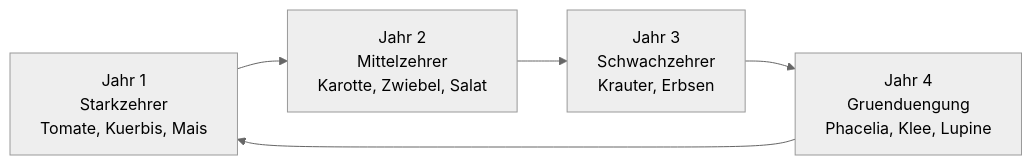
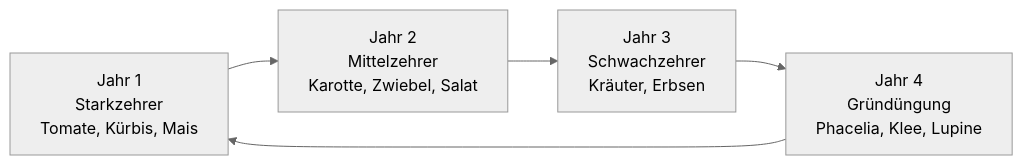
One commit to nolte/kamerplanter changed the diagram in docs/de/guides/companion-planting.md. Above: the diagram before and after it, drawn with Mermaid (neutral theme). The commit also changed other lines of this file and 77 other files, not shown here.

````diff
--- a/docs/de/guides/companion-planting.md
+++ b/docs/de/guides/companion-planting.md
@@ -164,7 +164,7 @@
 ```mermaid
 graph LR
-    A["Jahr 1<br/>Starkzehrer<br/>Tomate, Kuerbis, Mais"] --> B["Jahr 2<br/>Mittelzehrer<br/>Karotte, Zwiebel, Salat"]
-    B --> C["Jahr 3<br/>Schwachzehrer<br/>Krauter, Erbsen"]
-    C --> D["Jahr 4<br/>Gruenduengung<br/>Phacelia, Klee, Lupine"]
+    A["Jahr 1<br/>Starkzehrer<br/>Tomate, Kürbis, Mais"] --> B["Jahr 2<br/>Mittelzehrer<br/>Karotte, Zwiebel, Salat"]
+    B --> C["Jahr 3<br/>Schwachzehrer<br/>Kräuter, Erbsen"]
+    C --> D["Jahr 4<br/>Gründüngung<br/>Phacelia, Klee, Lupine"]
     D --> A
 ```
````
